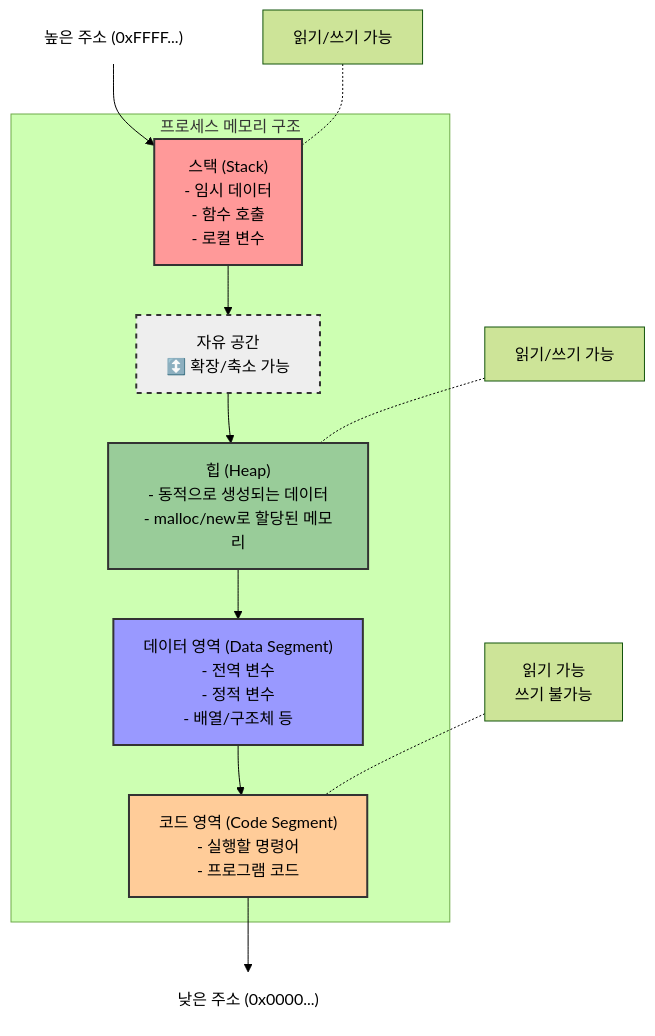
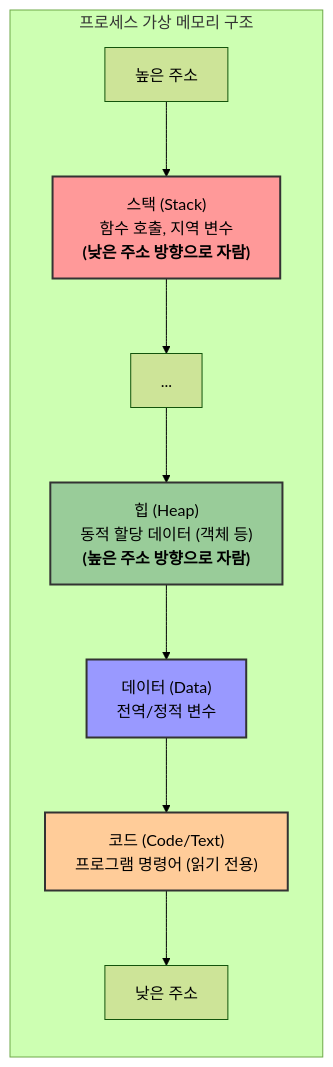
Before and after one commit to hanaoverride/data-scientist-cookbook-for-korean: the first of 2 diagrams in Chapter I. 기반지식 학습/1. 기초 CS 이론/3. 운영체제 핵심 구성요소/1. 프로세스.md, drawn with Mermaid (forest theme). The commit also changed other lines of this file and 132 other files, not shown here.

````diff
--- a/Chapter I. 기반지식 학습/1. 기초 CS 이론/3. 운영체제 핵심 구성요소/1. 프로세스.md
+++ b/Chapter I. 기반지식 학습/1. 기초 CS 이론/3. 운영체제 핵심 구성요소/1. 프로세스.md
@@ -32,44 +23,17 @@
 ```mermaid
 graph TD
-    subgraph "프로세스 메모리 구조"
-        Stack["스택 (Stack)<br>- 임시 데이터<br>- 함수 호출<br>- 로컬 변수"]
-        
-        FreeSpace["자유 공간<br>↕️ 확장/축소 가능"]
-        
-        Heap["힙 (Heap)<br>- 동적으로 생성되는 데이터<br>- malloc/new로 할당된 메모리"]
-        
-        Data["데이터 영역 (Data Segment)<br>- 전역 변수<br>- 정적 변수<br>- 배열/구조체 등"]
-        
-        Code["코드 영역 (Code Segment)<br>- 실행할 명령어<br>- 프로그램 코드"]
+    subgraph "프로세스 가상 메모리 구조"
+        direction TB
+        HighAddr["높은 주소"] --> Stack["스택 (Stack)<br>함수 호출, 지역 변수<br><b>(낮은 주소 방향으로 자람)</b>"]
+        Stack --> FreeSpace["..."]
+        FreeSpace --> Heap["힙 (Heap)<br>동적 할당 데이터 (객체 등)<br><b>(높은 주소 방향으로 자람)</b>"]
+        Heap --> Data["데이터 (Data)<br>전역/정적 변수"]
+        Data --> Code["코드 (Code/Text)<br>프로그램 명령어 (읽기 전용)"]
+        Code --> LowAddr["낮은 주소"]
     end
     
-    %% 메모리 주소 표시
-    HighAddr["높은 주소 (0xFFFF...)"]
-    LowAddr["낮은 주소 (0x0000...)"]
-    
-    %% 연결
-    HighAddr --> Stack
-    Stack --> FreeSpace
-    FreeSpace --> Heap
-    Heap --> Data
-    Data --> Code
-    Code --> LowAddr
-    
-    %% 스타일링
     style Stack fill:#FF9999,stroke:#333,stroke-width:2px
     style Heap fill:#99CC99,stroke:#333,stroke-width:2px
     style Data fill:#9999FF,stroke:#333,stroke-width:2px
     style Code fill:#FFCC99,stroke:#333,stroke-width:2px
-    style FreeSpace fill:#EEEEEE,stroke:#333,stroke-width:2px,stroke-dasharray: 5 5
-    style HighAddr fill:none,stroke:none
-    style LowAddr fill:none,stroke:none
-    
-    %% 읽기/쓰기 속성
-    RW1["읽기/쓰기 가능"]
-    RW2["읽기/쓰기 가능"]
-    RW3["읽기 가능<br>쓰기 불가능"]
-    
-    RW1 -.- Stack
-    RW2 -.- Heap
-    RW3 -.- Code
 ```
````
